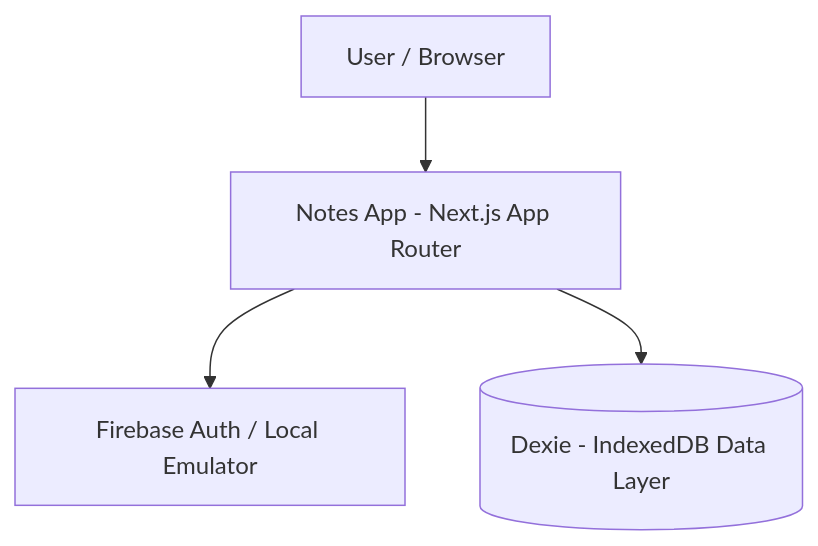
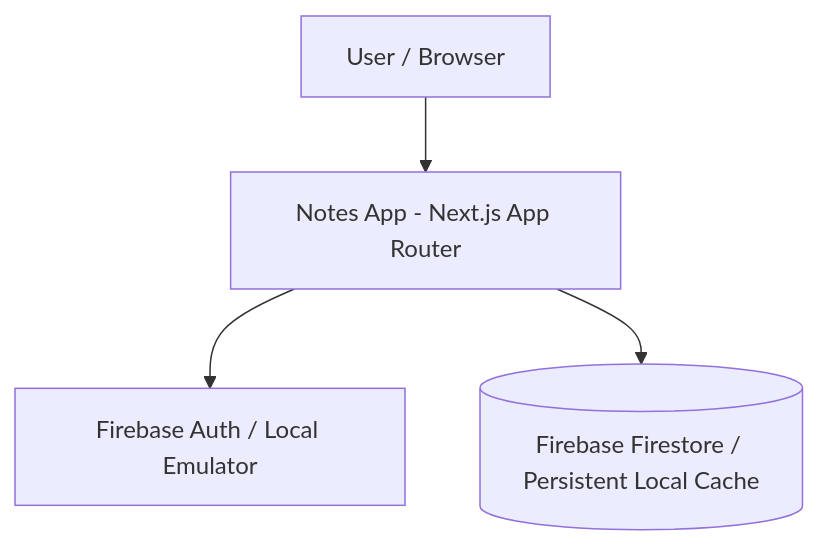
Before and after one commit to ianmaciel7/notes-app: the diagram in ARCHITECTURE.md, drawn with Mermaid. The commit also changed other lines of this file and 6 other files, not shown here.

First line of the commit message:
feat(firebase): adopt native firestore with persistent local cache

````diff
--- a/ARCHITECTURE.md
+++ b/ARCHITECTURE.md
@@ -7,6 +7,6 @@
 ```mermaid
 flowchart TD
   User[User / Browser] --> App[Notes App - Next.js App Router]
   App --> Auth[Firebase Auth / Local Emulator]
-  App --> IndexedDB[(Dexie - IndexedDB Data Layer)]
+  App --> Firestore[(Firebase Firestore / Persistent Local Cache)]
 ```
````
